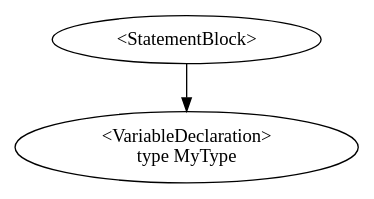
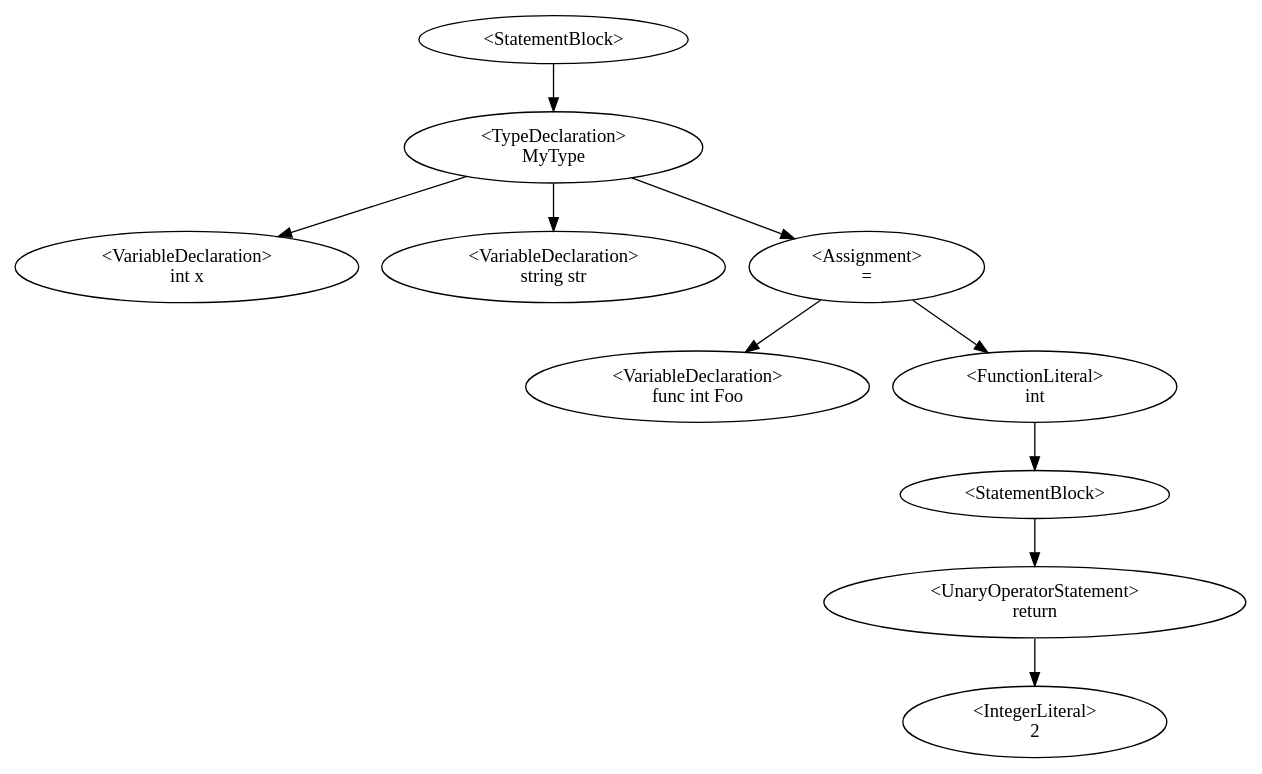
Before and after one commit to QazmoQwerty/dino: the diagram in Dino/Dino/AstDisplay.gv, drawn with Graphviz. The commit also changed 5 other files, not shown here.

```diff
--- a/Dino/Dino/AstDisplay.gv
+++ b/Dino/Dino/AstDisplay.gv
@@ -1,4 +1,14 @@
 digraph G {
 0 [label="<StatementBlock>"];0->1;
-1 [label="<VariableDeclaration>\ntype MyType"];
+1 [label="<TypeDeclaration>
+MyType"];1->2;1->3;1->5;
+2 [label="<VariableDeclaration>\nint x"];
+3 [label="<VariableDeclaration>\nstring str"];
+5 [label="<Assignment>\n="];5->4;5->6;
+4 [label="<VariableDeclaration>\nfunc int Foo"];
+6 [label="<FunctionLiteral>
+int"];6->7;
+7 [label="<StatementBlock>"];7->8;
+8 [label="<UnaryOperatorStatement>\nreturn"];8->9;
+9 [label="<IntegerLiteral>\n2"];
 }
```
